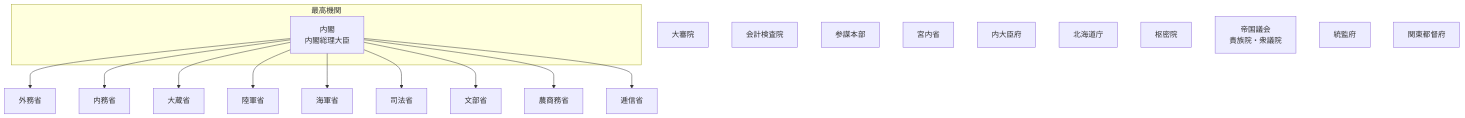
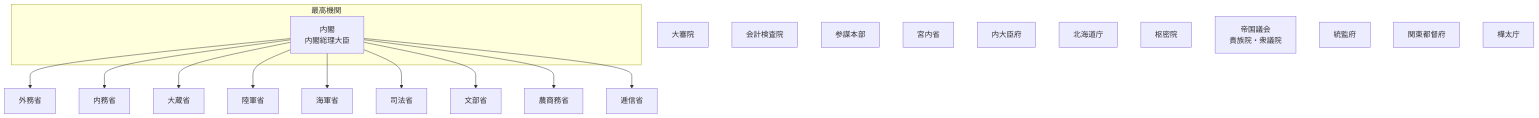
One commit to tatemaru/jp-admin-org-chart changed the diagram in README.md. Above: the diagram before and after it, drawn with Mermaid. The commit also changed other lines of this file, not shown here.

First line of the commit message:
feat(樺太庁): 樺太庁を設置

````diff
--- a/README.md
+++ b/README.md
@@ -9,36 +9,37 @@
 ```mermaid
 flowchart TB
   subgraph top["最高機関"]
     Cab["内閣
 内閣総理大臣"]
   end
   Gaimu["外務省"]
   Cab --> Gaimu
   Naimu["内務省"]
   Cab --> Naimu
   Okura["大蔵省"]
   Cab --> Okura
   Rikugun["陸軍省"]
   Cab --> Rikugun
   Kaigun["海軍省"]
   Cab --> Kaigun
   Shiho["司法省"]
   Cab --> Shiho
   Mombu["文部省"]
   Cab --> Mombu
   Nosho["農商務省"]
   Cab --> Nosho
   Teishin["逓信省"]
   Cab --> Teishin
   Daishin["大審院"]
   Audit["会計検査院"]
   Sanbo["参謀本部"]
   Kunai["宮内省"]
   Naidaijin["内大臣府"]
   Hokkaido["北海道庁"]
   Privy["枢密院"]
   Diet["帝国議会
 貴族院・衆議院"]
   Tokan["統監府"]
   Kanto["関東都督府"]
+  Karafuto["樺太庁"]
 ```
````
